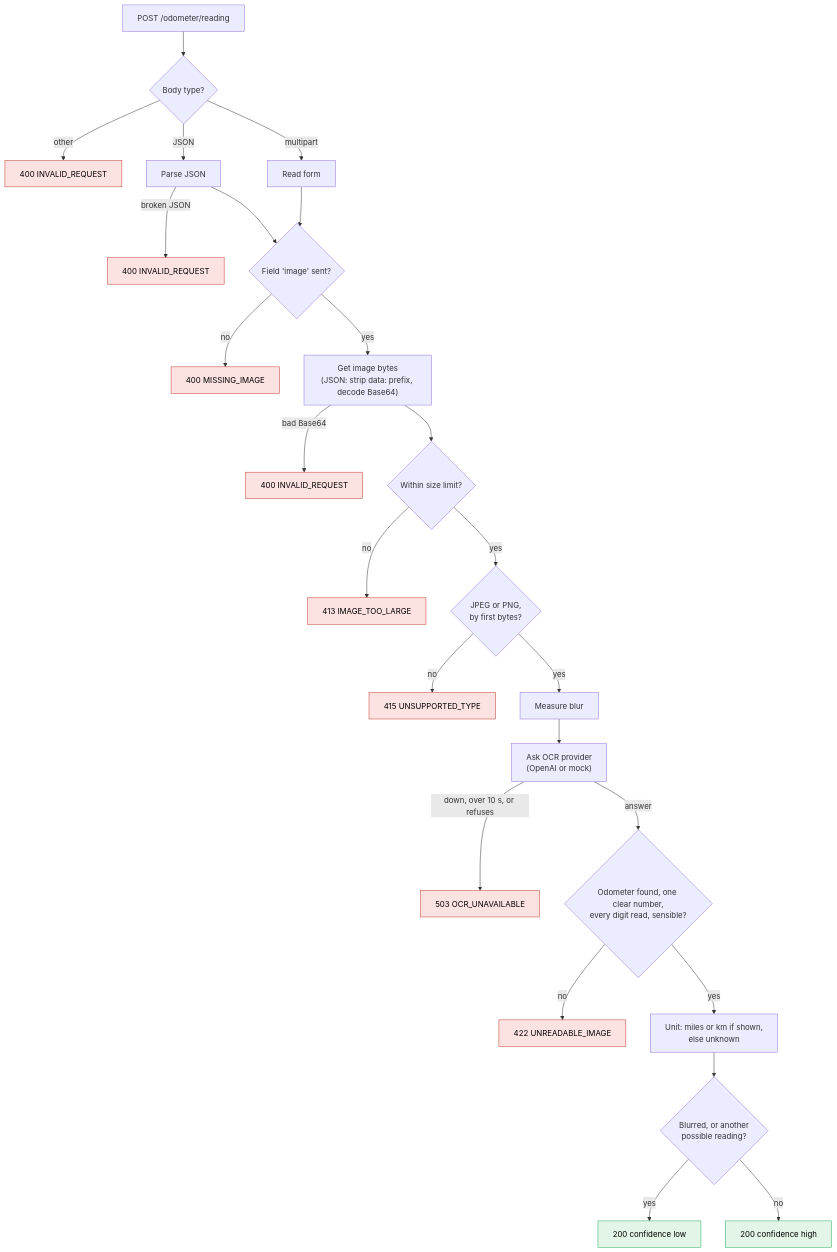
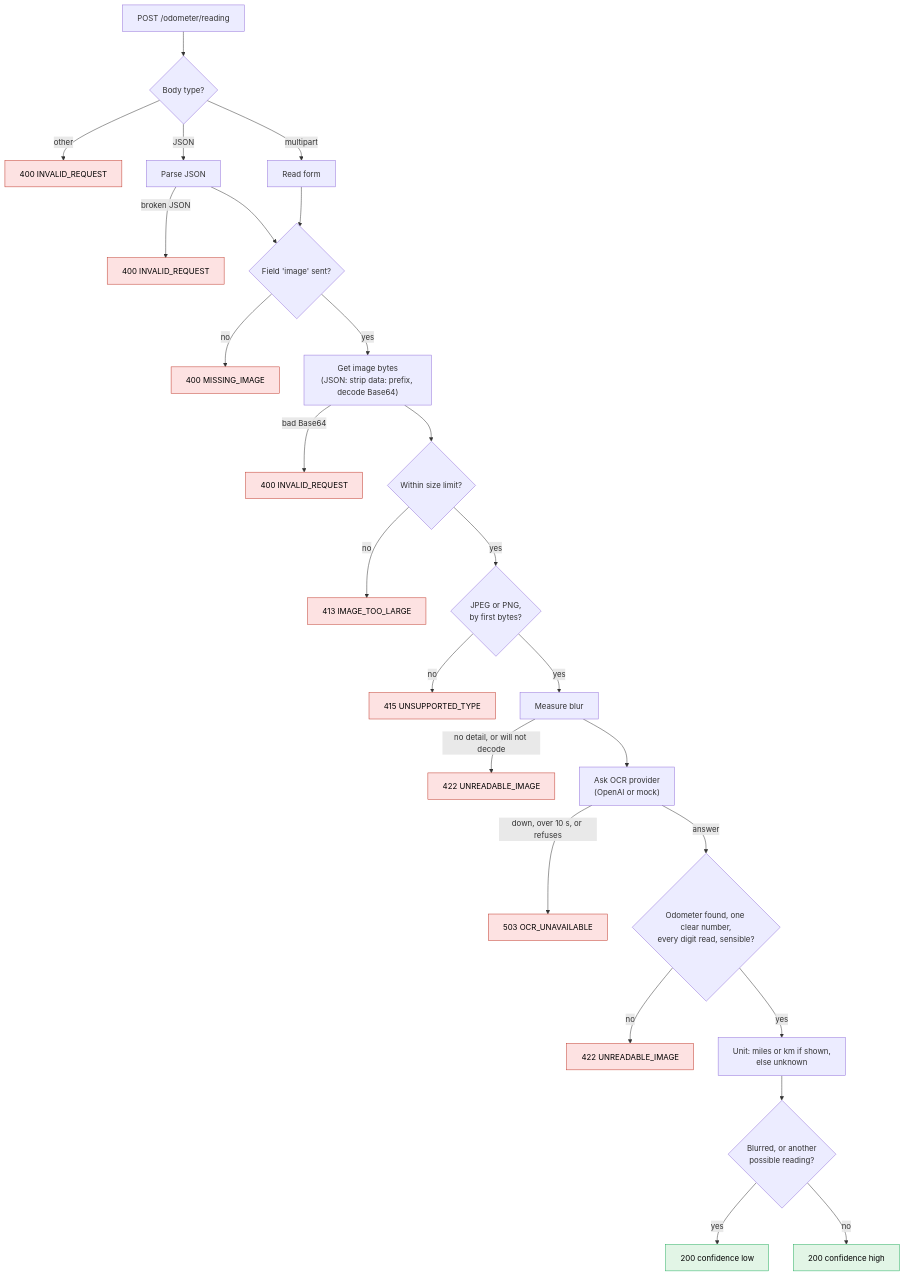
Before and after one commit to nish1013/nish-odometer-service: the diagram in README.md, drawn with Mermaid. The commit also changed other lines of this file and 5 other files, not shown here.

````diff
--- a/README.md
+++ b/README.md
@@ -71,31 +45,32 @@
 ```mermaid
 flowchart TD
   req["POST /odometer/reading"] --> body{"Body type?"}
   body -- "other" --> e400a["400 INVALID_REQUEST"]
   body -- "JSON" --> js["Parse JSON"]
   body -- "multipart" --> mp["Read form"]
   js -- "broken JSON" --> e400b["400 INVALID_REQUEST"]
   js --> has{"Field 'image' sent?"}
   mp --> has
   has -- "no" --> e400c["400 MISSING_IMAGE"]
   has -- "yes" --> bytes["Get image bytes<br/>(JSON: strip data: prefix, decode Base64)"]
   bytes -- "bad Base64" --> e400d["400 INVALID_REQUEST"]
   bytes --> size{"Within size limit?"}
   size -- "no" --> e413["413 IMAGE_TOO_LARGE"]
   size -- "yes" --> type{"JPEG or PNG,<br/>by first bytes?"}
   type -- "no" --> e415["415 UNSUPPORTED_TYPE"]
   type -- "yes" --> blur["Measure blur"]
+  blur -- "no detail, or will not decode" --> e422a["422 UNREADABLE_IMAGE"]
   blur --> ocr["Ask OCR provider<br/>(OpenAI or mock)"]
   ocr -- "down, over 10 s, or refuses" --> e503["503 OCR_UNAVAILABLE"]
   ocr -- "answer" --> sure{"Odometer found, one clear number,<br/>every digit read, sensible?"}
   sure -- "no" --> e422["422 UNREADABLE_IMAGE"]
   sure -- "yes" --> unit["Unit: miles or km if shown,<br/>else unknown"]
   unit --> conf{"Blurred, or another<br/>possible reading?"}
   conf -- "yes" --> low["200 confidence low"]
   conf -- "no" --> high["200 confidence high"]
 
   classDef err fill:#fde2e2,stroke:#c0392b,color:#000
   classDef ok fill:#e2f5e6,stroke:#27ae60,color:#000
-  class e400a,e400b,e400c,e400d,e413,e415,e503,e422 err
+  class e400a,e400b,e400c,e400d,e413,e415,e503,e422a,e422 err
   class low,high ok
 ```
````
